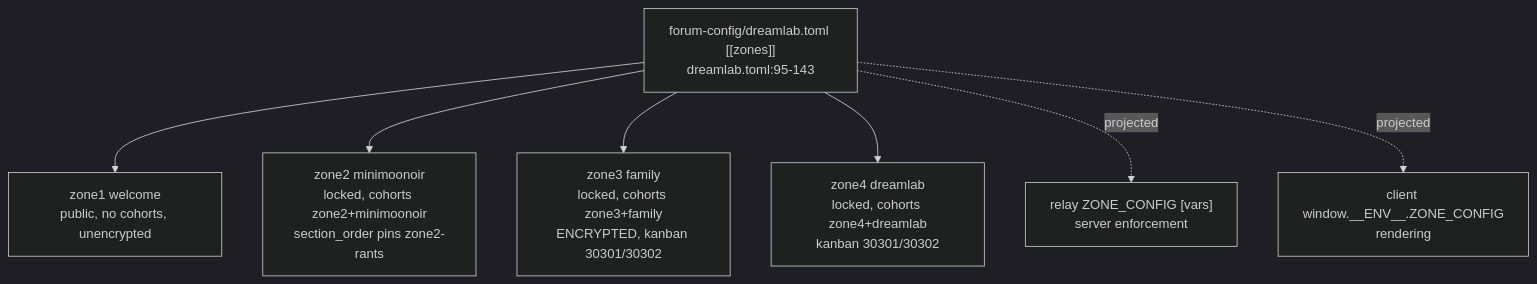
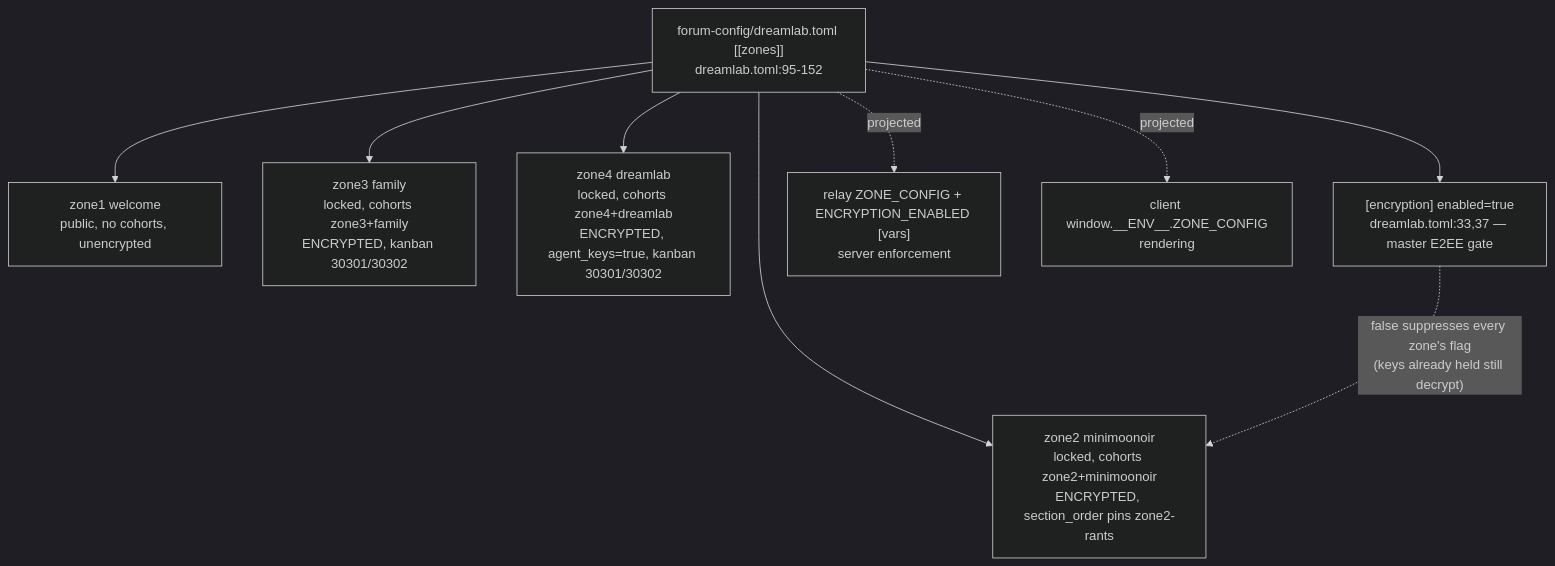
Before and after one commit to DreamLab-AI/VisionFlow: the first of 10 diagrams in docs/diagrams/dreamlab-ai-website/03-forum-config-overlay-zones-admin-kv-sync.md, drawn with Mermaid (dark theme). The commit also changed other lines of this file and 136 other files, not shown here.

First line of the commit message:
docs(diagrams): refresh the whole corpus to code HEAD and prune low-value diagrams

````diff
--- a/docs/diagrams/dreamlab-ai-website/03-forum-config-overlay-zones-admin-kv-sync.md
+++ b/docs/diagrams/dreamlab-ai-website/03-forum-config-overlay-zones-admin-kv-sync.md
@@ -29,9 +29,11 @@
 ```mermaid
 flowchart TB
-    TOML["forum-config/dreamlab.toml [[zones]]<br/>dreamlab.toml:95-143"] --> Z1["zone1 welcome<br/>public, no cohorts, unencrypted"]
-    TOML --> Z2["zone2 minimoonoir<br/>locked, cohorts zone2+minimoonoir<br/>section_order pins zone2-rants"]
+    TOML["forum-config/dreamlab.toml [[zones]]<br/>dreamlab.toml:95-152"] --> Z1["zone1 welcome<br/>public, no cohorts, unencrypted"]
+    TOML --> Z2["zone2 minimoonoir<br/>locked, cohorts zone2+minimoonoir<br/>ENCRYPTED, section_order pins zone2-rants"]
     TOML --> Z3["zone3 family<br/>locked, cohorts zone3+family<br/>ENCRYPTED, kanban 30301/30302"]
-    TOML --> Z4["zone4 dreamlab<br/>locked, cohorts zone4+dreamlab<br/>kanban 30301/30302"]
-    TOML -.->|projected| RELAY["relay ZONE_CONFIG [vars]<br/>server enforcement"]
+    TOML --> Z4["zone4 dreamlab<br/>locked, cohorts zone4+dreamlab<br/>ENCRYPTED, agent_keys=true, kanban 30301/30302"]
+    TOML --> ENC["[encryption] enabled=true<br/>dreamlab.toml:33,37 — master E2EE gate"]
+    ENC -.->|"false suppresses every zone's flag<br/>(keys already held still decrypt)"| Z2
+    TOML -.->|projected| RELAY["relay ZONE_CONFIG + ENCRYPTION_ENABLED [vars]<br/>server enforcement"]
     TOML -.->|projected| CLIENT["client window.__ENV__.ZONE_CONFIG<br/>rendering"]
 ```
````
